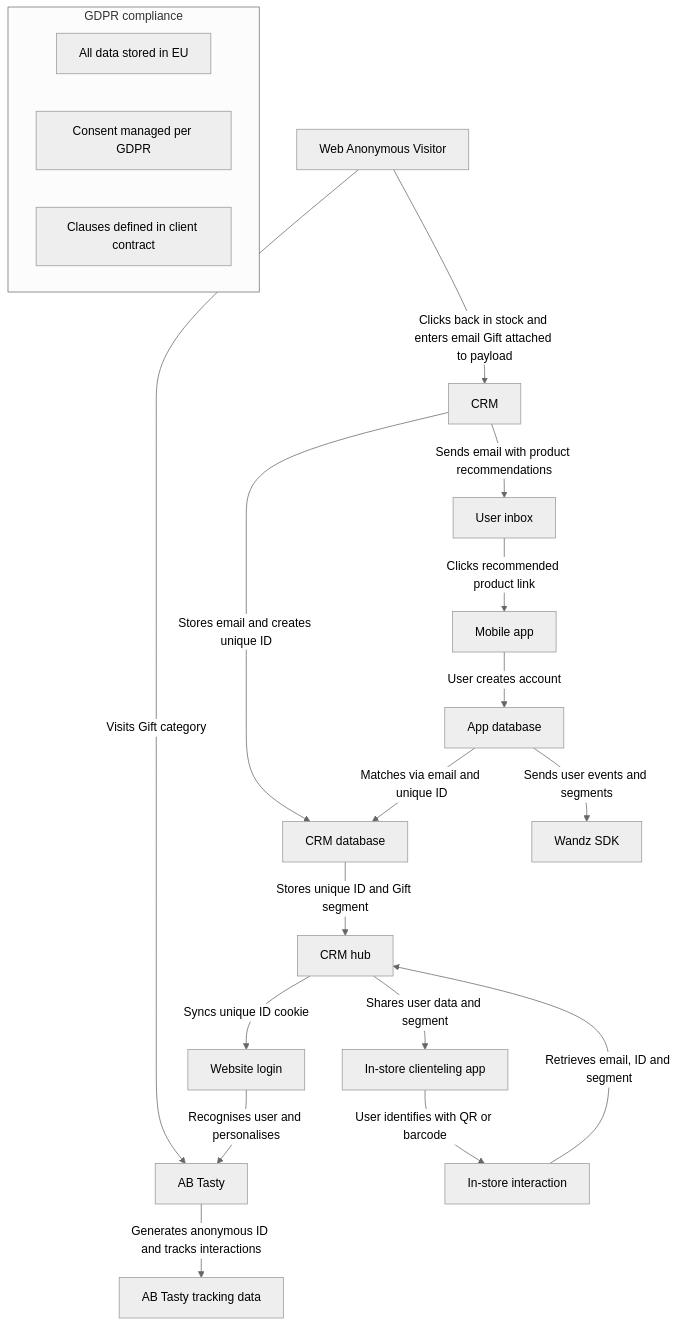
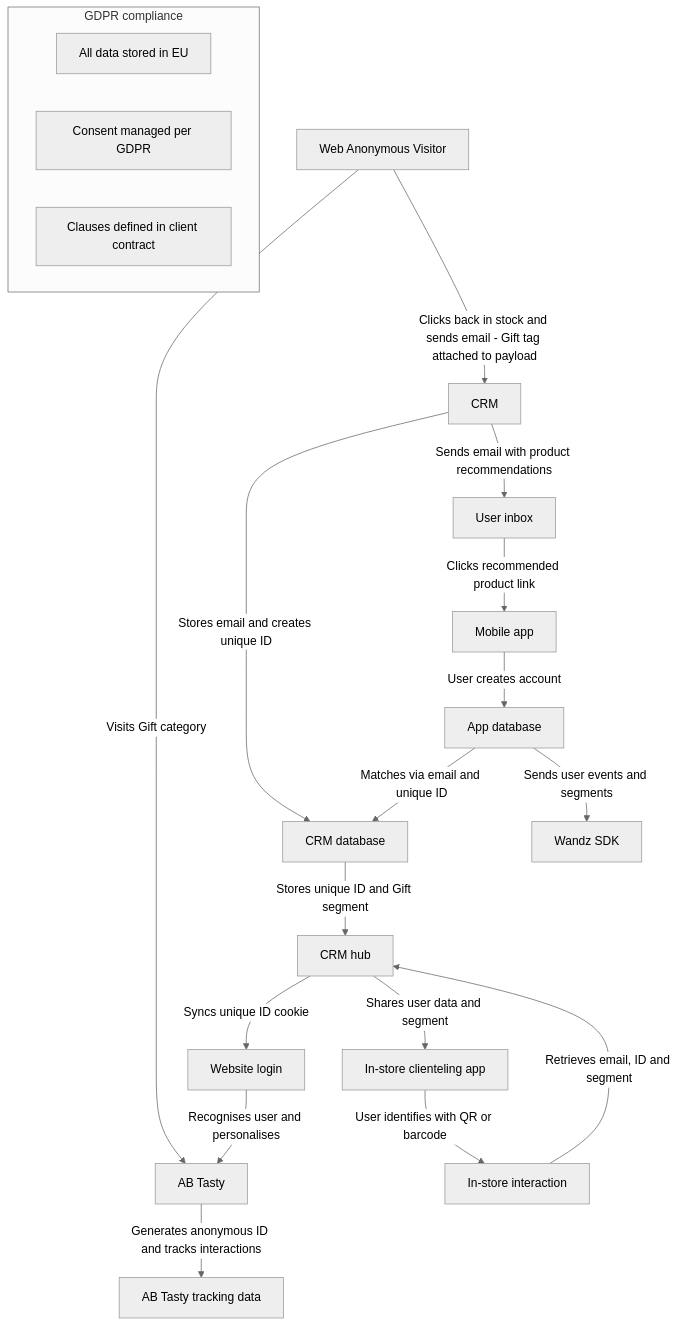
Before and after one commit to valoudefou/luxury-perosnalisation-across-channel: the first of 2 diagrams in README.md, drawn with Mermaid (neutral theme).

````diff
--- a/README.md
+++ b/README.md
@@ -22,25 +22,25 @@
 ```mermaid
 %% Omnichannel Customer Journey (Flowchart)
 flowchart TD
     A[Web Anonymous Visitor] -->|Visits Gift category| B[AB Tasty]
     B -->|Generates anonymous ID and tracks interactions| C[AB Tasty tracking data]
-    A -->|Clicks back in stock and enters email Gift attached to payload| D[CRM]
+    A -->|Clicks back in stock and sends email - Gift tag attached to payload| D[CRM]
     D -->|Stores email and creates unique ID| E[CRM database]
     D -->|Sends email with product recommendations| A2[User inbox]
     A2 -->|Clicks recommended product link| F[Mobile app]
     F -->|User creates account| G[App database]
     G -->|Matches via email and unique ID| E
     G -->|Sends user events and segments| H[Wandz SDK]
     E -->|Stores unique ID and Gift segment| I[CRM hub]
     I -->|Syncs unique ID cookie| J[Website login]
     J -->|Recognises user and personalises| B
     I -->|Shares user data and segment| K[In-store clienteling app]
     K -->|User identifies with QR or barcode| L[In-store interaction]
     L -->|Retrieves email, ID and segment| I
 
     subgraph GDPR compliance
         note1[All data stored in EU]
         note2[Consent managed per GDPR]
         note3[Clauses defined in client contract]
     end
 ```
````
